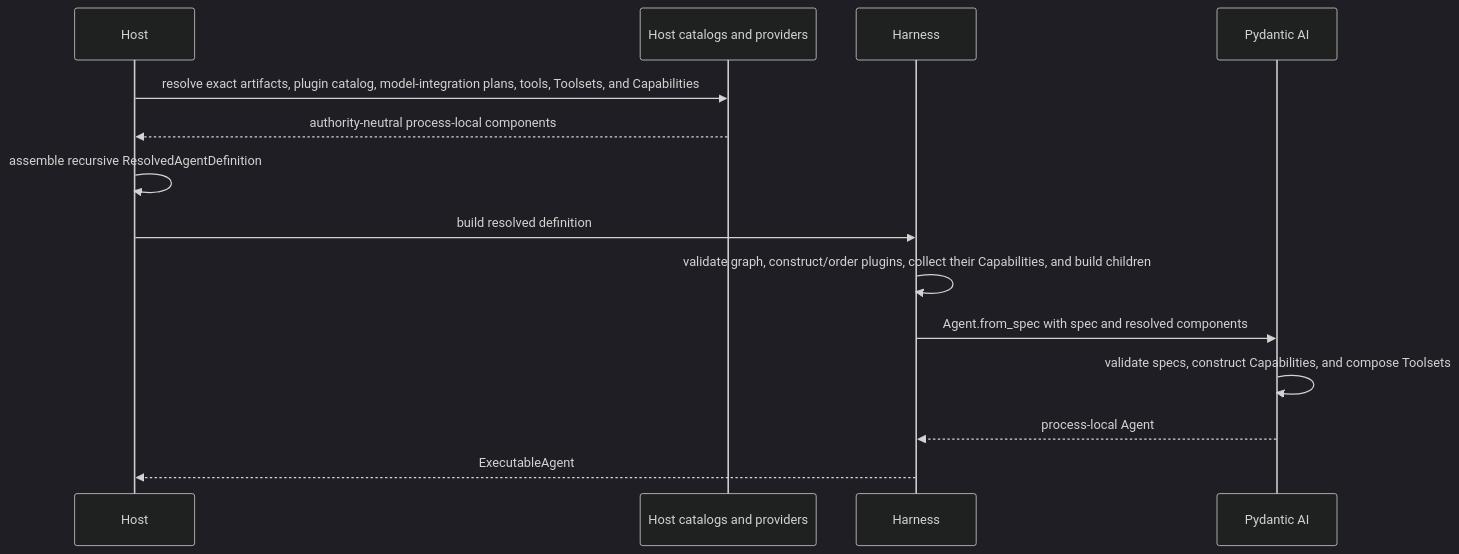
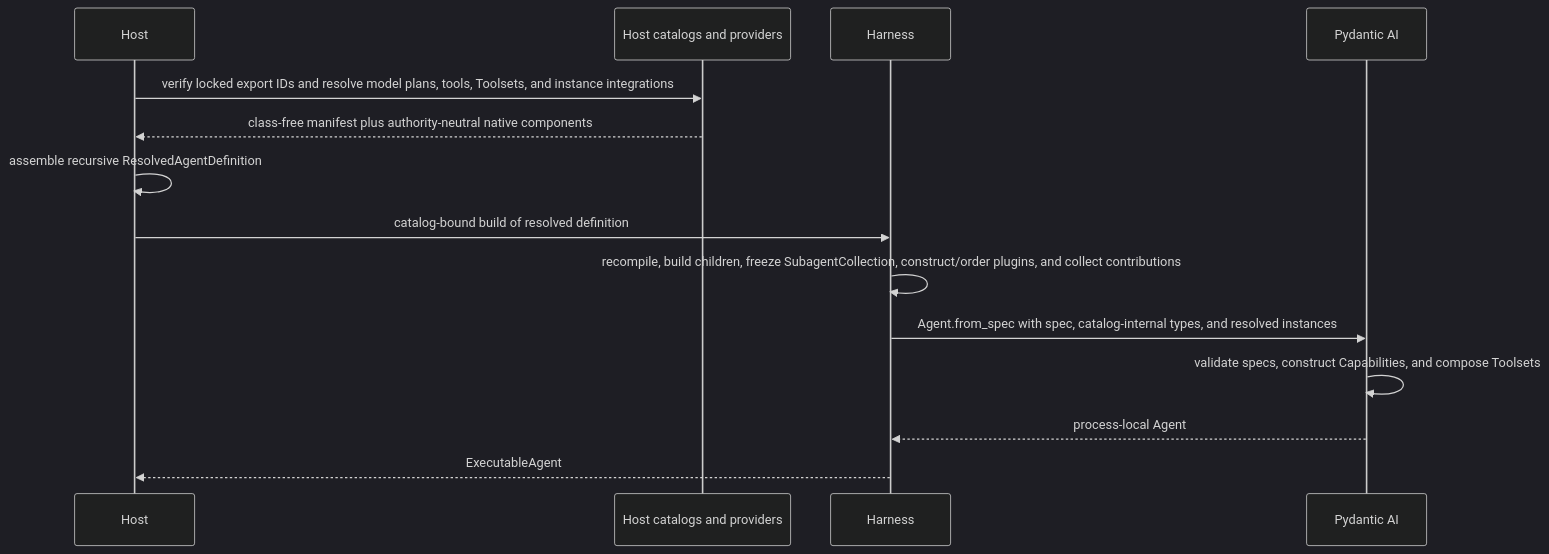
Before and after one commit to LTThreeComma/agent-foundation: the third of 3 diagrams in spec/agent-harness/03-agent-definition-and-build.md, drawn with Mermaid (dark theme). The commit also changed other lines of this file and 19 other files, not shown here.

Commit message:
feat(harness): define extension and subagent runtime contracts

````diff
--- a/spec/agent-harness/03-agent-definition-and-build.md
+++ b/spec/agent-harness/03-agent-definition-and-build.md
@@ -208,17 +246,17 @@
 ```mermaid
 sequenceDiagram
     participant Host
     participant Registry as Host catalogs and providers
     participant Harness
     participant PAI as Pydantic AI
 
-    Host->>Registry: resolve exact artifacts, plugin catalog, model-integration plans, tools, Toolsets, and Capabilities
-    Registry-->>Host: authority-neutral process-local components
+    Host->>Registry: verify locked export IDs and resolve model plans, tools, Toolsets, and instance integrations
+    Registry-->>Host: class-free manifest plus authority-neutral native components
     Host->>Host: assemble recursive ResolvedAgentDefinition
-    Host->>Harness: build resolved definition
-    Harness->>Harness: validate graph, construct/order plugins, collect their Capabilities, and build children
-    Harness->>PAI: Agent.from_spec with spec and resolved components
+    Host->>Harness: catalog-bound build of resolved definition
+    Harness->>Harness: recompile, build children, freeze SubagentCollection, construct/order plugins, and collect contributions
+    Harness->>PAI: Agent.from_spec with spec, catalog-internal types, and resolved instances
     PAI->>PAI: validate specs, construct Capabilities, and compose Toolsets
     PAI-->>Harness: process-local Agent
     Harness-->>Host: ExecutableAgent
 ```
````
